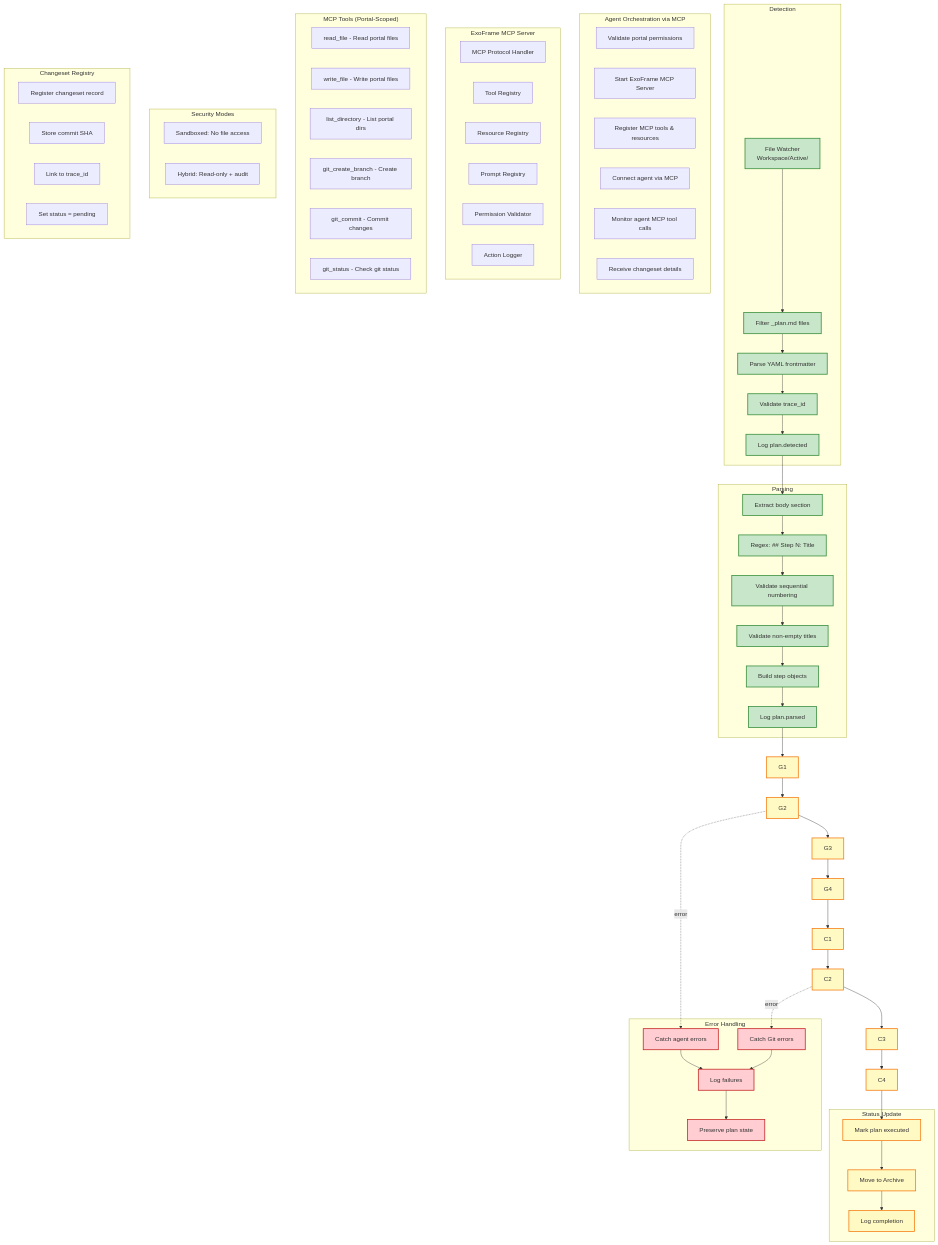
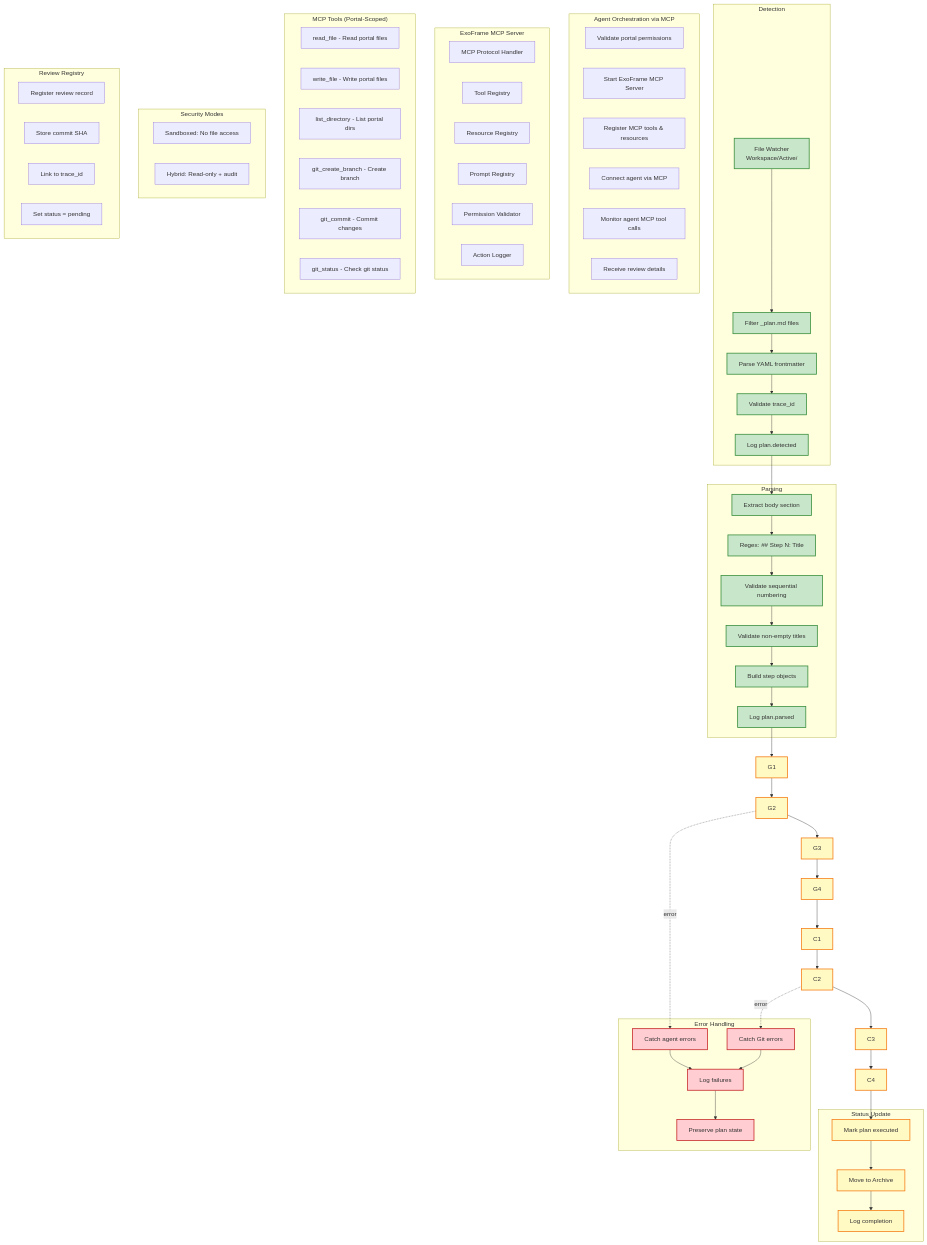
Before and after one commit to dostark/exaix-public: the fourth of 17 diagrams in docs/dev/ExoFrame_Architecture.md, drawn with Mermaid. The commit also changed other lines of this file and 26 other files, not shown here.

First line of the commit message:
migrations: Replace changesets with reviews in database schema

```diff
--- a/docs/dev/ExoFrame_Architecture.md
+++ b/docs/dev/ExoFrame_Architecture.md
@@ -472,7 +472,7 @@
         O3[Register MCP tools & resources]
         O4[Connect agent via MCP]
         O5[Monitor agent MCP tool calls]
-        O6[Receive changeset details]
+        O6[Receive review details]
     end
 
     subgraph MCPServer["ExoFrame MCP Server"]
@@ -498,8 +498,8 @@
         SM2[Hybrid: Read-only + audit]
     end
 
-    subgraph Registry[Changeset Registry]
-        R1[Register changeset record]
+    subgraph Registry[Review Registry]
+        R1[Register review record]
         R2[Store commit SHA]
         R3[Link to trace_id]
         R4[Set status = pending]
```
